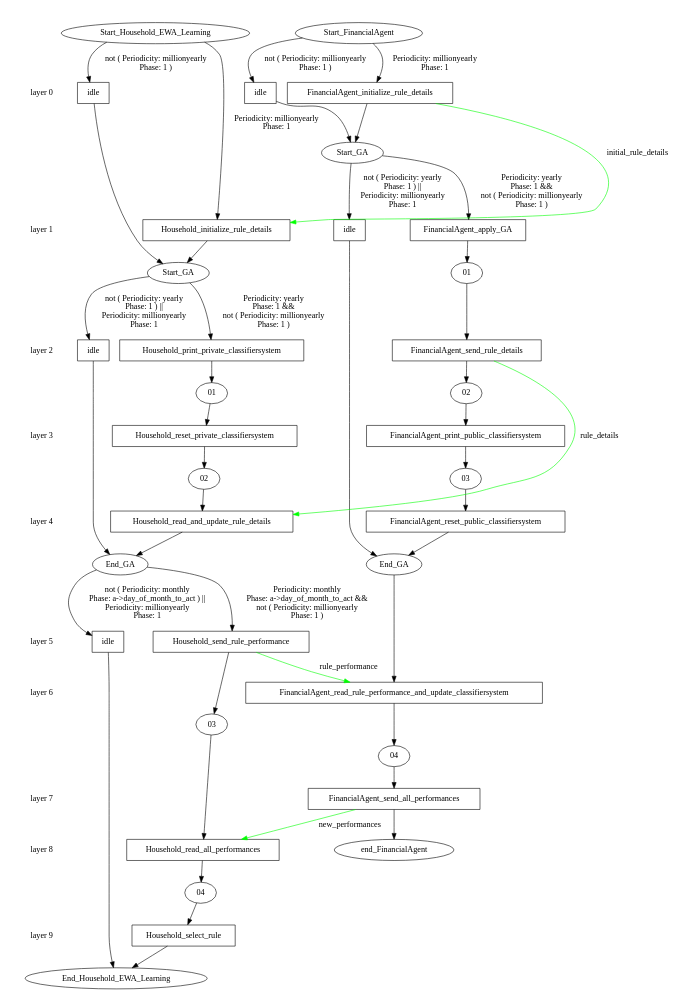
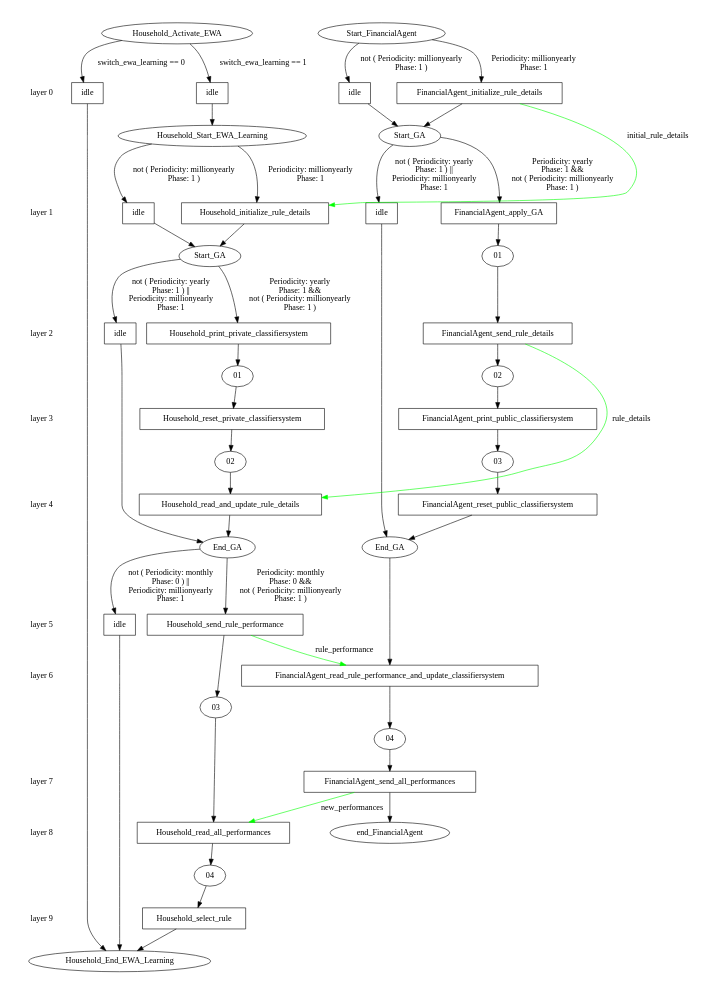
One commit to ETACE/EURACE changed the diagram in models/AFM/afm_branches/initial/ewa_learning/stategraph.dot. Above: the diagram before and after it, drawn with Graphviz. The commit also changed 45 other files, not shown here.

```diff
--- a/models/AFM/afm_branches/initial/ewa_learning/stategraph.dot
+++ b/models/AFM/afm_branches/initial/ewa_learning/stategraph.dot
@@ -1,116 +1,123 @@
 digraph state_graph {
 	rankdir=TB;
 	size="8,5;"
 	layer_0 [shape=plaintext, label="layer 0"];
 	layer_1 [shape=plaintext, label="layer 1"];
 	layer_0 -> layer_1 [style=invis];
 	layer_2 [shape=plaintext, label="layer 2"];
 	layer_1 -> layer_2 [style=invis];
 	layer_3 [shape=plaintext, label="layer 3"];
 	layer_2 -> layer_3 [style=invis];
 	layer_4 [shape=plaintext, label="layer 4"];
 	layer_3 -> layer_4 [style=invis];
 	layer_5 [shape=plaintext, label="layer 5"];
 	layer_4 -> layer_5 [style=invis];
 	layer_6 [shape=plaintext, label="layer 6"];
 	layer_5 -> layer_6 [style=invis];
 	layer_7 [shape=plaintext, label="layer 7"];
 	layer_6 -> layer_7 [style=invis];
 	layer_8 [shape=plaintext, label="layer 8"];
 	layer_7 -> layer_8 [style=invis];
 	layer_9 [shape=plaintext, label="layer 9"];
 	layer_8 -> layer_9 [style=invis];
 	
 	/* States */
 	Household_04 [label = "04"]
 	Household_03 [label = "03"]
-	Household_End_Household_EWA_Learning [label = "End_Household_EWA_Learning"]
 	Household_02 [label = "02"]
 	Household_01 [label = "01"]
 	Household_End_GA [label = "End_GA"]
 	Household_Start_GA [label = "Start_GA"]
-	Household_Start_Household_EWA_Learning [label = "Start_Household_EWA_Learning"]
+	Household_Household_Start_EWA_Learning [label = "Household_Start_EWA_Learning"]
+	Household_Household_End_EWA_Learning [label = "Household_End_EWA_Learning"]
+	Household_Household_Activate_EWA [label = "Household_Activate_EWA"]
 	FinancialAgent_end_FinancialAgent [label = "end_FinancialAgent"]
 	FinancialAgent_04 [label = "04"]
 	FinancialAgent_03 [label = "03"]
 	FinancialAgent_02 [label = "02"]
 	FinancialAgent_01 [label = "01"]
 	FinancialAgent_End_GA [label = "End_GA"]
 	FinancialAgent_Start_GA [label = "Start_GA"]
 	FinancialAgent_Start_FinancialAgent [label = "Start_FinancialAgent"]
-	Household_idle_Start_Household_EWA_Learning_Start_GA [label = "idle", shape = rect]
-	Household_Household_initialize_rule_details_Start_Household_EWA_Learning_Start_GA [label = "Household_initialize_rule_details", shape = rect]
+	Household_idle_Household_Activate_EWA_Household_End_EWA_Learning [label = "idle", shape = rect]
+	Household_idle_Household_Activate_EWA_Household_Start_EWA_Learning [label = "idle", shape = rect]
+	Household_idle_Household_Start_EWA_Learning_Start_GA [label = "idle", shape = rect]
+	Household_Household_initialize_rule_details_Household_Start_EWA_Learning_Start_GA [label = "Household_initialize_rule_details", shape = rect]
 	Household_idle_Start_GA_End_GA [label = "idle", shape = rect]
 	Household_Household_print_private_classifiersystem_Start_GA_01 [label = "Household_print_private_classifiersystem", shape = rect]
 	Household_Household_reset_private_classifiersystem_01_02 [label = "Household_reset_private_classifiersystem", shape = rect]
 	Household_Household_read_and_update_rule_details_02_End_GA [label = "Household_read_and_update_rule_details", shape = rect]
-	Household_idle_End_GA_End_Household_EWA_Learning [label = "idle", shape = rect]
+	Household_idle_End_GA_Household_End_EWA_Learning [label = "idle", shape = rect]
 	Household_Household_send_rule_performance_End_GA_03 [label = "Household_send_rule_performance", shape = rect]
 	Household_Household_read_all_performances_03_04 [label = "Household_read_all_performances", shape = rect]
-	Household_Household_select_rule_04_End_Household_EWA_Learning [label = "Household_select_rule", shape = rect]
+	Household_Household_select_rule_04_Household_End_EWA_Learning [label = "Household_select_rule", shape = rect]
 	FinancialAgent_idle_Start_FinancialAgent_Start_GA [label = "idle", shape = rect]
 	FinancialAgent_FinancialAgent_initialize_rule_details_Start_FinancialAgent_Start_GA [label = "FinancialAgent_initialize_rule_details", shape = rect]
 	FinancialAgent_idle_Start_GA_End_GA [label = "idle", shape = rect]
 	FinancialAgent_FinancialAgent_apply_GA_Start_GA_01 [label = "FinancialAgent_apply_GA", shape = rect]
 	FinancialAgent_FinancialAgent_send_rule_details_01_02 [label = "FinancialAgent_send_rule_details", shape = rect]
 	FinancialAgent_FinancialAgent_print_public_classifiersystem_02_03 [label = "FinancialAgent_print_public_classifiersystem", shape = rect]
 	FinancialAgent_FinancialAgent_reset_public_classifiersystem_03_End_GA [label = "FinancialAgent_reset_public_classifiersystem", shape = rect]
 	FinancialAgent_FinancialAgent_read_rule_performance_and_update_classifiersystem_End_GA_04 [label = "FinancialAgent_read_rule_performance_and_update_classifiersystem", shape = rect]
 	FinancialAgent_FinancialAgent_send_all_performances_04_end_FinancialAgent [label = "FinancialAgent_send_all_performances", shape = rect]
 	
 	/* Transitions */
-	Household_Start_Household_EWA_Learning -> Household_idle_Start_Household_EWA_Learning_Start_GA [ label = "not ( Periodicity: millionyearly\nPhase: 1 )"];
-	Household_idle_Start_Household_EWA_Learning_Start_GA -> Household_Start_GA;
-	Household_Start_Household_EWA_Learning -> Household_Household_initialize_rule_details_Start_Household_EWA_Learning_Start_GA [ label = "Periodicity: millionyearly\nPhase: 1"];
-	Household_Household_initialize_rule_details_Start_Household_EWA_Learning_Start_GA -> Household_Start_GA;
+	Household_Household_Activate_EWA -> Household_idle_Household_Activate_EWA_Household_End_EWA_Learning [ label = "switch_ewa_learning == 0"];
+	Household_idle_Household_Activate_EWA_Household_End_EWA_Learning -> Household_Household_End_EWA_Learning;
+	Household_Household_Activate_EWA -> Household_idle_Household_Activate_EWA_Household_Start_EWA_Learning [ label = "switch_ewa_learning == 1"];
+	Household_idle_Household_Activate_EWA_Household_Start_EWA_Learning -> Household_Household_Start_EWA_Learning;
+	Household_Household_Start_EWA_Learning -> Household_idle_Household_Start_EWA_Learning_Start_GA [ label = "not ( Periodicity: millionyearly\nPhase: 1 )"];
+	Household_idle_Household_Start_EWA_Learning_Start_GA -> Household_Start_GA;
+	Household_Household_Start_EWA_Learning -> Household_Household_initialize_rule_details_Household_Start_EWA_Learning_Start_GA [ label = "Periodicity: millionyearly\nPhase: 1"];
+	Household_Household_initialize_rule_details_Household_Start_EWA_Learning_Start_GA -> Household_Start_GA;
 	Household_Start_GA -> Household_idle_Start_GA_End_GA [ label = "not ( Periodicity: yearly\nPhase: 1 ) ||\nPeriodicity: millionyearly\nPhase: 1"];
 	Household_idle_Start_GA_End_GA -> Household_End_GA;
 	Household_Start_GA -> Household_Household_print_private_classifiersystem_Start_GA_01 [ label = "Periodicity: yearly\nPhase: 1 &&\nnot ( Periodicity: millionyearly\nPhase: 1 )"];
 	Household_Household_print_private_classifiersystem_Start_GA_01 -> Household_01;
 	Household_01 -> Household_Household_reset_private_classifiersystem_01_02;
 	Household_Household_reset_private_classifiersystem_01_02 -> Household_02;
 	Household_02 -> Household_Household_read_and_update_rule_details_02_End_GA;
 	Household_Household_read_and_update_rule_details_02_End_GA -> Household_End_GA;
-	Household_End_GA -> Household_idle_End_GA_End_Household_EWA_Learning [ label = "not ( Periodicity: monthly\nPhase: a->day_of_month_to_act ) ||\nPeriodicity: millionyearly\nPhase: 1"];
-	Household_idle_End_GA_End_Household_EWA_Learning -> Household_End_Household_EWA_Learning;
-	Household_End_GA -> Household_Household_send_rule_performance_End_GA_03 [ label = "Periodicity: monthly\nPhase: a->day_of_month_to_act &&\nnot ( Periodicity: millionyearly\nPhase: 1 )"];
+	Household_End_GA -> Household_idle_End_GA_Household_End_EWA_Learning [ label = "not ( Periodicity: monthly\nPhase: 0 ) ||\nPeriodicity: millionyearly\nPhase: 1"];
+	Household_idle_End_GA_Household_End_EWA_Learning -> Household_Household_End_EWA_Learning;
+	Household_End_GA -> Household_Household_send_rule_performance_End_GA_03 [ label = "Periodicity: monthly\nPhase: 0 &&\nnot ( Periodicity: millionyearly\nPhase: 1 )"];
 	Household_Household_send_rule_performance_End_GA_03 -> Household_03;
 	Household_03 -> Household_Household_read_all_performances_03_04;
 	Household_Household_read_all_performances_03_04 -> Household_04;
-	Household_04 -> Household_Household_select_rule_04_End_Household_EWA_Learning;
-	Household_Household_select_rule_04_End_Household_EWA_Learning -> Household_End_Household_EWA_Learning;
+	Household_04 -> Household_Household_select_rule_04_Household_End_EWA_Learning;
+	Household_Household_select_rule_04_Household_End_EWA_Learning -> Household_Household_End_EWA_Learning;
 	FinancialAgent_Start_FinancialAgent -> FinancialAgent_idle_Start_FinancialAgent_Start_GA [ label = "not ( Periodicity: millionyearly\nPhase: 1 )"];
 	FinancialAgent_idle_Start_FinancialAgent_Start_GA -> FinancialAgent_Start_GA;
 	FinancialAgent_Start_FinancialAgent -> FinancialAgent_FinancialAgent_initialize_rule_details_Start_FinancialAgent_Start_GA [ label = "Periodicity: millionyearly\nPhase: 1"];
 	FinancialAgent_FinancialAgent_initialize_rule_details_Start_FinancialAgent_Start_GA -> FinancialAgent_Start_GA;
 	FinancialAgent_Start_GA -> FinancialAgent_idle_Start_GA_End_GA [ label = "not ( Periodicity: yearly\nPhase: 1 ) ||\nPeriodicity: millionyearly\nPhase: 1"];
 	FinancialAgent_idle_Start_GA_End_GA -> FinancialAgent_End_GA;
 	FinancialAgent_Start_GA -> FinancialAgent_FinancialAgent_apply_GA_Start_GA_01 [ label = "Periodicity: yearly\nPhase: 1 &&\nnot ( Periodicity: millionyearly\nPhase: 1 )"];
 	FinancialAgent_FinancialAgent_apply_GA_Start_GA_01 -> FinancialAgent_01;
 	FinancialAgent_01 -> FinancialAgent_FinancialAgent_send_rule_details_01_02;
 	FinancialAgent_FinancialAgent_send_rule_details_01_02 -> FinancialAgent_02;
 	FinancialAgent_02 -> FinancialAgent_FinancialAgent_print_public_classifiersystem_02_03;
 	FinancialAgent_FinancialAgent_print_public_classifiersystem_02_03 -> FinancialAgent_03;
 	FinancialAgent_03 -> FinancialAgent_FinancialAgent_reset_public_classifiersystem_03_End_GA;
 	FinancialAgent_FinancialAgent_reset_public_classifiersystem_03_End_GA -> FinancialAgent_End_GA;
 	FinancialAgent_End_GA -> FinancialAgent_FinancialAgent_read_rule_performance_and_update_classifiersystem_End_GA_04;
 	FinancialAgent_FinancialAgent_read_rule_performance_and_update_classifiersystem_End_GA_04 -> FinancialAgent_04;
 	FinancialAgent_04 -> FinancialAgent_FinancialAgent_send_all_performances_04_end_FinancialAgent;
 	FinancialAgent_FinancialAgent_send_all_performances_04_end_FinancialAgent -> FinancialAgent_end_FinancialAgent;
 	
 	/* Communications */
 	Household_Household_send_rule_performance_End_GA_03 -> FinancialAgent_FinancialAgent_read_rule_performance_and_update_classifiersystem_End_GA_04 [ label = "rule_performance" color="#00ff00" constraint=false];
 	FinancialAgent_FinancialAgent_send_all_performances_04_end_FinancialAgent -> Household_Household_read_all_performances_03_04 [ label = "new_performances" color="#00ff00" constraint=false];
 	FinancialAgent_FinancialAgent_send_rule_details_01_02 -> Household_Household_read_and_update_rule_details_02_End_GA [ label = "rule_details" color="#00ff00" constraint=false];
-	FinancialAgent_FinancialAgent_initialize_rule_details_Start_FinancialAgent_Start_GA -> Household_Household_initialize_rule_details_Start_Household_EWA_Learning_Start_GA [ label = "initial_rule_details" color="#00ff00" constraint=false];
-	{ rank=same; layer_0;  Household_idle_Start_Household_EWA_Learning_Start_GA;  FinancialAgent_idle_Start_FinancialAgent_Start_GA;  FinancialAgent_FinancialAgent_initialize_rule_details_Start_FinancialAgent_Start_GA; }
-	{ rank=same; layer_1;  Household_Household_initialize_rule_details_Start_Household_EWA_Learning_Start_GA;  FinancialAgent_idle_Start_GA_End_GA;  FinancialAgent_FinancialAgent_apply_GA_Start_GA_01; }
+	FinancialAgent_FinancialAgent_initialize_rule_details_Start_FinancialAgent_Start_GA -> Household_Household_initialize_rule_details_Household_Start_EWA_Learning_Start_GA [ label = "initial_rule_details" color="#00ff00" constraint=false];
+	{ rank=same; layer_0;  Household_idle_Household_Activate_EWA_Household_End_EWA_Learning;  Household_idle_Household_Activate_EWA_Household_Start_EWA_Learning;  FinancialAgent_idle_Start_FinancialAgent_Start_GA;  FinancialAgent_FinancialAgent_initialize_rule_details_Start_FinancialAgent_Start_GA; }
+	{ rank=same; layer_1;  Household_idle_Household_Start_EWA_Learning_Start_GA;  Household_Household_initialize_rule_details_Household_Start_EWA_Learning_Start_GA;  FinancialAgent_idle_Start_GA_End_GA;  FinancialAgent_FinancialAgent_apply_GA_Start_GA_01; }
 	{ rank=same; layer_2;  Household_idle_Start_GA_End_GA;  Household_Household_print_private_classifiersystem_Start_GA_01;  FinancialAgent_FinancialAgent_send_rule_details_01_02; }
 	{ rank=same; layer_3;  Household_Household_reset_private_classifiersystem_01_02;  FinancialAgent_FinancialAgent_print_public_classifiersystem_02_03; }
 	{ rank=same; layer_4;  Household_Household_read_and_update_rule_details_02_End_GA;  FinancialAgent_FinancialAgent_reset_public_classifiersystem_03_End_GA; }
-	{ rank=same; layer_5;  Household_idle_End_GA_End_Household_EWA_Learning;  Household_Household_send_rule_performance_End_GA_03; }
+	{ rank=same; layer_5;  Household_idle_End_GA_Household_End_EWA_Learning;  Household_Household_send_rule_performance_End_GA_03; }
 	{ rank=same; layer_6;  FinancialAgent_FinancialAgent_read_rule_performance_and_update_classifiersystem_End_GA_04; }
 	{ rank=same; layer_7;  FinancialAgent_FinancialAgent_send_all_performances_04_end_FinancialAgent; }
 	{ rank=same; layer_8;  Household_Household_read_all_performances_03_04; }
-	{ rank=same; layer_9;  Household_Household_select_rule_04_End_Household_EWA_Learning; }
+	{ rank=same; layer_9;  Household_Household_select_rule_04_Household_End_EWA_Learning; }
 }
```
